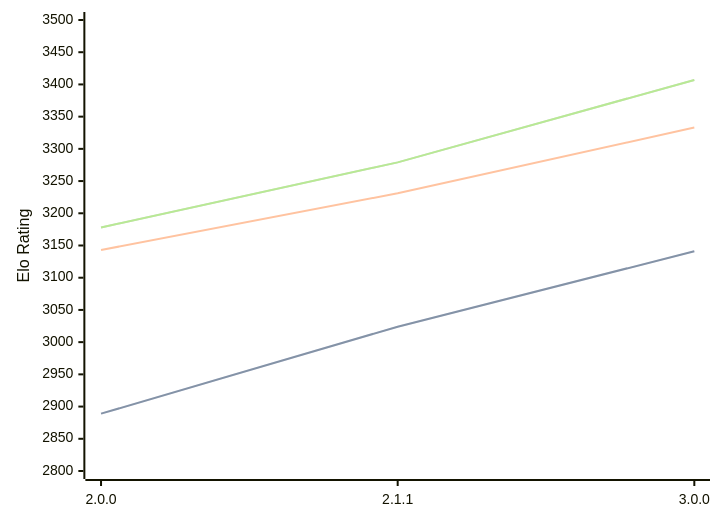
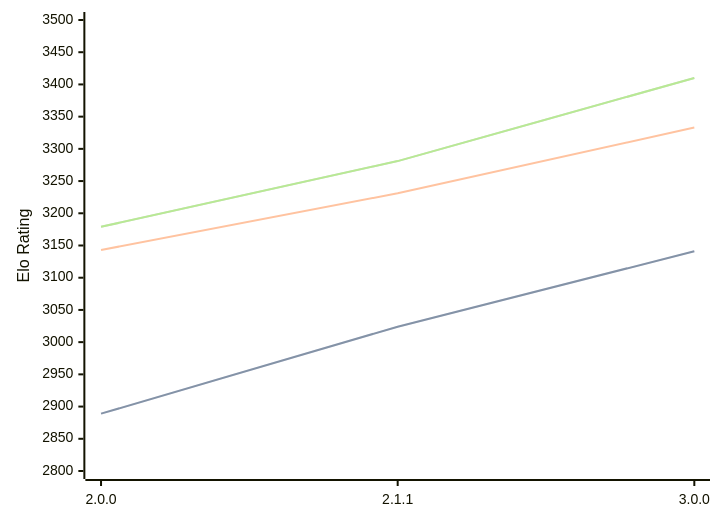
Before and after one commit to computer-chess-index/cci: the diagram in engines/Bread.md, drawn with Mermaid. The commit also changed other lines of this file, not shown here.

Commit message:
Update CCI Ratings (ELO VLTC) - 2026-04-03

````diff
--- a/engines/Bread.md
+++ b/engines/Bread.md
@@ -51,11 +51,11 @@
 ```mermaid
 %%{init: {"theme":"base","themeVariables":{"seriesColors:['#a3a3a3','#222221','#faa371']}}}%%
 xychart-beta
   x-axis ["2.0.0", "2.1.1", "3.0.0"]
   y-axis "Elo Rating" 2800 --> 3500
   line "STC (8.0+0.08s)" [2889, 3024, 3141]
   line "STC (8.0+0.08s)" [2889, 3024, 3141]
   line "LTC (60.0+0.60s)" [3143, 3231, 3333]
-  line "VLTC (2m24s+1.12s)" [3178, 3279, 3407]
-  line "VLTC (2m24s+1.12s)" [3178, 3279, 3407]
+  line "VLTC (2m24s+1.12s)" [3179, 3281, 3410]
+  line "VLTC (2m24s+1.12s)" [3179, 3281, 3410]
 ```
````
